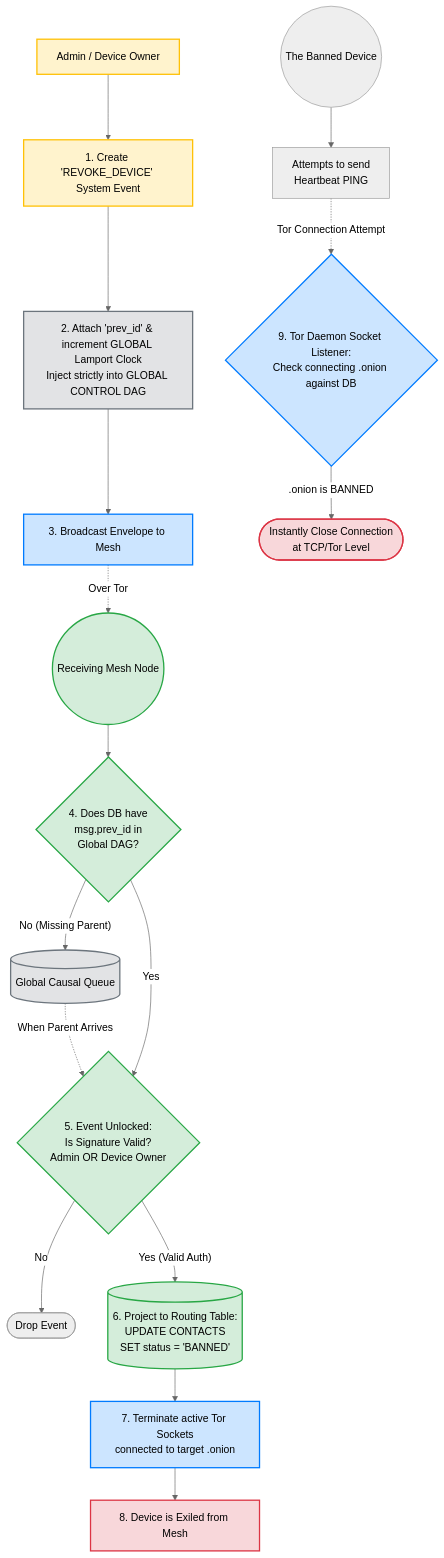
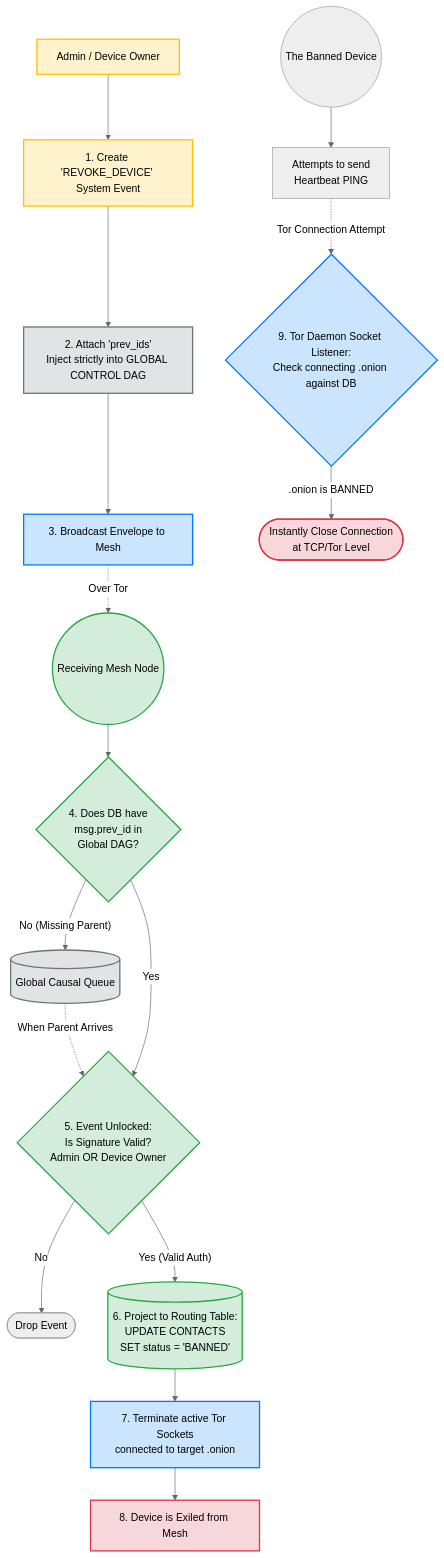
One commit to kswiorek/YapYap changed the diagram in docs/ban diagram.mmd. Above: the diagram before and after it, drawn with Mermaid (neutral theme). The commit also changed 44 other files, not shown here.

```diff
--- a/docs/ban diagram.mmd
+++ b/docs/ban diagram.mmd
@@ -1,52 +1,52 @@
 flowchart TD
 %% Styling
     classDef admin fill:#fff3cd,stroke:#ffc107,stroke-width:2px;
     classDef peer fill:#d4edda,stroke:#28a745,stroke-width:2px;
     classDef network fill:#cce5ff,stroke:#007bff,stroke-width:2px;
     classDef firewall fill:#f8d7da,stroke:#dc3545,stroke-width:2px;
     classDef dag fill:#e2e3e5,stroke:#6c757d,stroke-width:2px;
 
 %% --- THE INITIATION (Two-Tiered DAG) ---
     Admin[Admin / Device Owner]:::admin
     CreateEvent[1. Create 'REVOKE_DEVICE' System Event]:::admin
 
 %% The Causal Injection (Updated for Global DAG)
-    InjectDAG[2. Attach 'prev_id' & increment GLOBAL Lamport Clock\nInject strictly into GLOBAL CONTROL DAG]:::dag
+    InjectDAG[2. Attach 'prev_ids'\nInject strictly into GLOBAL CONTROL DAG]:::dag
     Broadcast[3. Broadcast Envelope to Mesh]:::network
 
     Admin --> CreateEvent --> InjectDAG --> Broadcast
 
 %% --- THE PROPAGATION & DAG SYNC ---
     Peer((Receiving Mesh Node)):::peer
     Broadcast -. "Over Tor" .-> Peer
 
 %% Standard Message Sync Logic
     CausalCheck{4. Does DB have\nmsg.prev_id in\nGlobal DAG?}:::peer
     Peer --> CausalCheck
 
     CausalHold[(Global Causal Queue)]:::dag
     CausalCheck -- "No (Missing Parent)" --> CausalHold
     CausalHold -. "When Parent Arrives" .-> VerifyAuth
 
 %% --- VERIFICATION & EXECUTION ---
     VerifyAuth{5. Event Unlocked:\nIs Signature Valid?\nAdmin OR Device Owner}:::peer
 CausalCheck -- "Yes" --> VerifyAuth
 
 VerifyAuth -- "No" --> Drop([Drop Event])
 
 VerifyAuth -- "Yes (Valid Auth)" --> UpdateDB[(6. Project to Routing Table:\nUPDATE CONTACTS \nSET status = 'BANNED')]:::peer
 
 UpdateDB --> KillCurrent[7. Terminate active Tor Sockets\nconnected to target .onion]:::network
 
 %% --- THE PERMANENT ENFORCEMENT ---
 KillCurrent --> FirewallState[8. Device is Exiled from Mesh]:::firewall
 
 %% Future Attempts by the Banned Device
 BannedDevice((The Banned Device))
 AttemptPing[Attempts to send\nHeartbeat PING]
 
 BannedDevice --> AttemptPing
 AttemptPing -. "Tor Connection Attempt" .-> NodeSocket
 
 NodeSocket{9. Tor Daemon Socket Listener:\nCheck connecting .onion against DB}:::network
 NodeSocket -- ".onion is BANNED" --> SocketDrop([Instantly Close Connection\nat TCP/Tor Level]):::firewall
```
